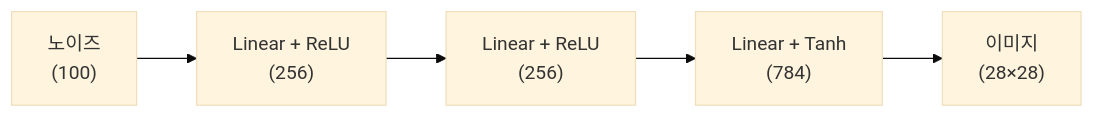
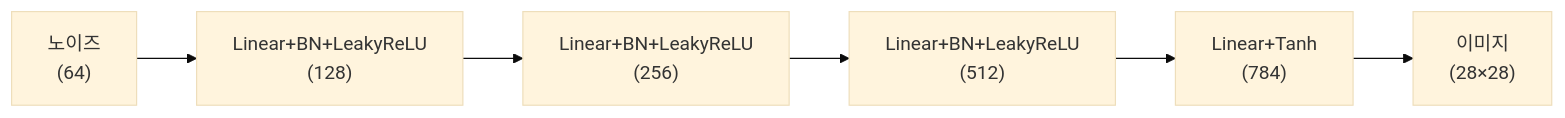
One commit to kenshin579/blog-v2.advenoh.pe.kr changed the third of 4 diagrams in docs/start/딥러닝-기초-4-GAN으로-이미지-생성/index.md. Above: the diagram before and after it, drawn with Mermaid (base theme). The commit also changed other lines of this file and 3 other files, not shown here.

````diff
--- a/docs/start/딥러닝-기초-4-GAN으로-이미지-생성/index.md
+++ b/docs/start/딥러닝-기초-4-GAN으로-이미지-생성/index.md
@@ -104,7 +104,8 @@
 ```mermaid
 flowchart LR
-    A["노이즈<br/>(100)"] --> B["Linear + ReLU<br/>(256)"]
-    B --> C["Linear + ReLU<br/>(256)"]
-    C --> D["Linear + Tanh<br/>(784)"]
-    D --> E["이미지<br/>(28×28)"]
+    A["노이즈<br/>(64)"] --> B["Linear+BN+LeakyReLU<br/>(128)"]
+    B --> C["Linear+BN+LeakyReLU<br/>(256)"]
+    C --> D["Linear+BN+LeakyReLU<br/>(512)"]
+    D --> E["Linear+Tanh<br/>(784)"]
+    E --> F["이미지<br/>(28×28)"]
 ```
````
